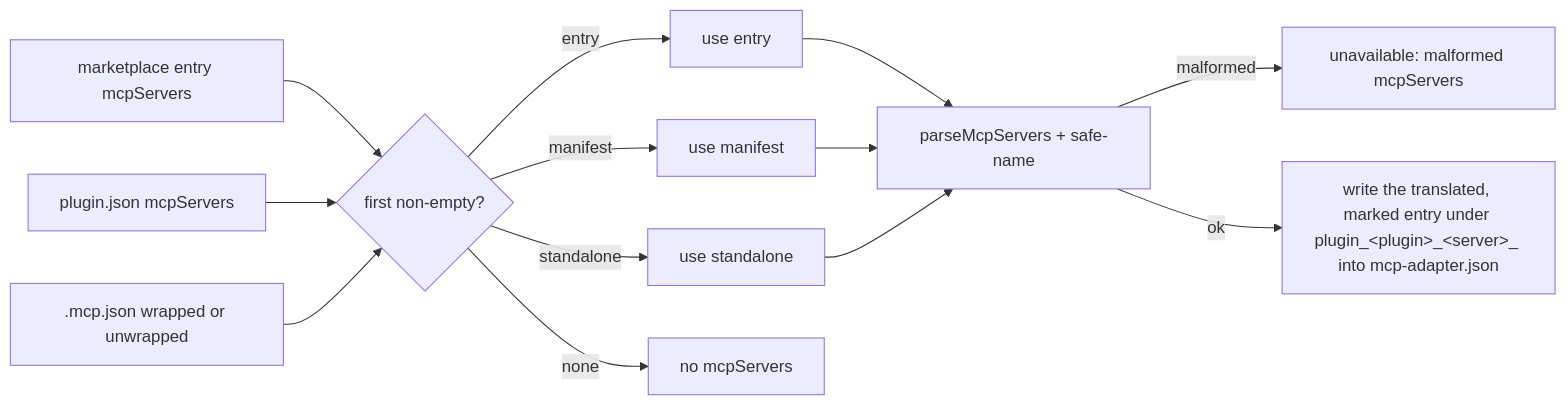
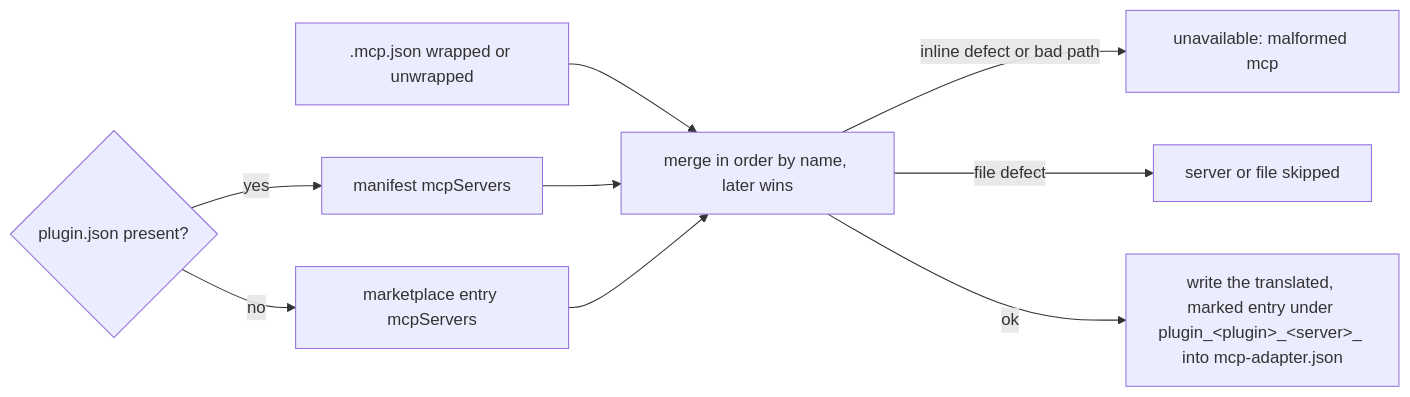
One commit to acolomba/pi-claude-marketplace changed the sixth of 18 diagrams in docs/prd/pi-claude-marketplace-prd.md. Above: the diagram before and after it, drawn with Mermaid. The commit also changed other lines of this file and 634 other files, not shown here.

````diff
--- a/docs/prd/pi-claude-marketplace-prd.md
+++ b/docs/prd/pi-claude-marketplace-prd.md
@@ -489,15 +495,11 @@
 ```mermaid
 flowchart LR
-  e[marketplace entry mcpServers] --> r{first non-empty?}
-  m[plugin.json mcpServers] --> r
-  s[.mcp.json wrapped or unwrapped] --> r
-  r -- entry --> u[use entry]
-  r -- manifest --> p[use manifest]
-  r -- standalone --> v[use standalone]
-  r -- none --> n[no mcpServers]
-  u --> chk[parseMcpServers + safe-name]
-  p --> chk
-  v --> chk
-  chk -- malformed --> err[unavailable: malformed mcpServers]
-  chk -- ok --> stage["write the translated, marked entry under plugin_&lt;plugin&gt;_&lt;server&gt;_ into mcp-adapter.json"]
+  s[.mcp.json wrapped or unwrapped] --> u[merge in order by name, later wins]
+  d{plugin.json present?} -- yes --> m[manifest mcpServers]
+  d -- no --> e[marketplace entry mcpServers]
+  m --> u
+  e --> u
+  u -- inline defect or bad path --> err[unavailable: malformed mcp]
+  u -- file defect --> skip[server or file skipped]
+  u -- ok --> stage["write the translated, marked entry under plugin_&lt;plugin&gt;_&lt;server&gt;_ into mcp-adapter.json"]
 ```
````
